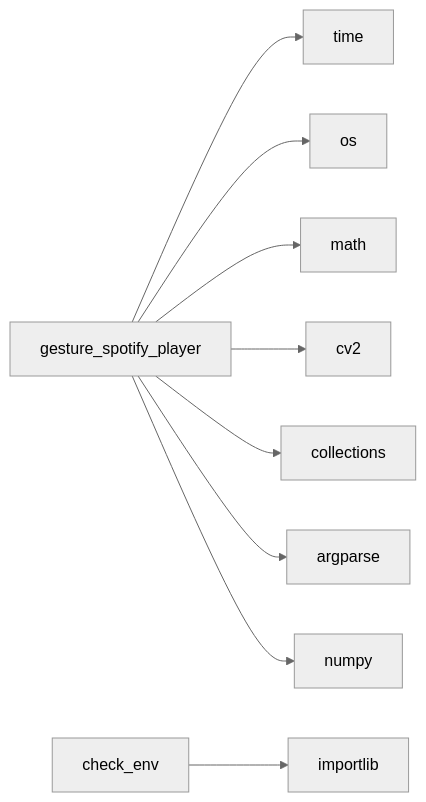
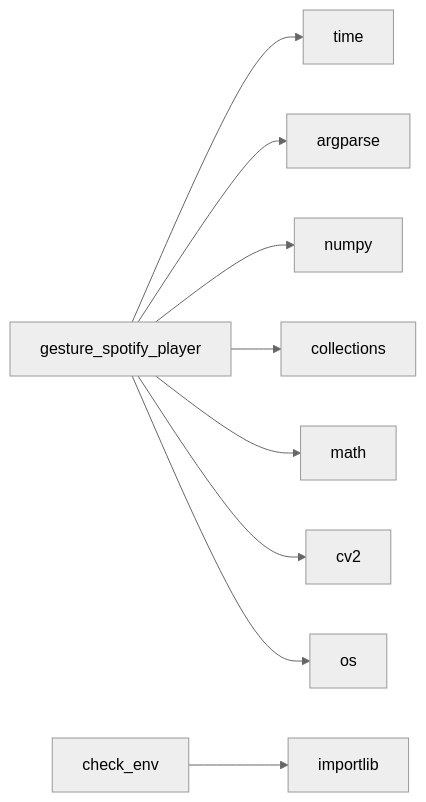
The second of 2 diagrams in README.md (NITISH-R-G/PalmPlay1), drawn with Mermaid (neutral theme) before and after one commit. The commit also changed other lines of this file and 3 other files, not shown here.

Commit message:
docs: update repository documentation and diagrams [skip ci]

````diff
--- a/README.md
+++ b/README.md
@@ -60,15 +60,15 @@
 ```mermaid
 graph LR
     gesture_spotify_player[gesture_spotify_player]
     gesture_spotify_player --> time[time]
-    gesture_spotify_player --> os[os]
+    gesture_spotify_player --> argparse[argparse]
+    gesture_spotify_player --> numpy[numpy]
+    gesture_spotify_player --> collections[collections]
     gesture_spotify_player --> math[math]
     gesture_spotify_player --> cv2[cv2]
-    gesture_spotify_player --> collections[collections]
-    gesture_spotify_player --> argparse[argparse]
-    gesture_spotify_player --> numpy[numpy]
+    gesture_spotify_player --> os[os]
     check_env[check_env]
     check_env --> importlib[importlib]
     click gesture_spotify_player href "https://github.com/NITISH-R-G/PalmPlay1/blob/main/gesture_spotify_player.py" "View source code"
     click check_env href "https://github.com/NITISH-R-G/PalmPlay1/blob/main/check_env.py" "View source code"
 ```
````
